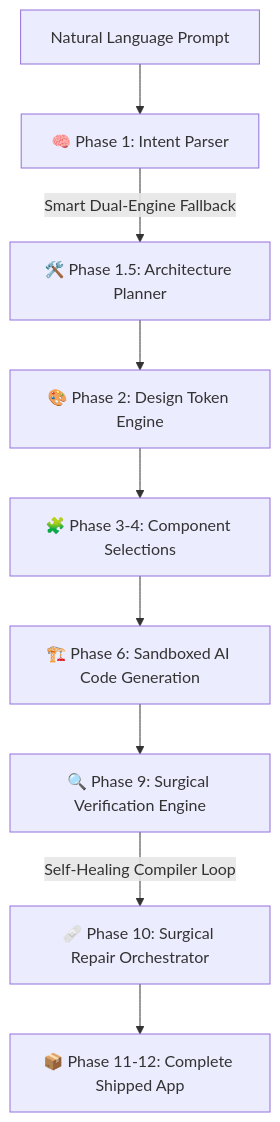
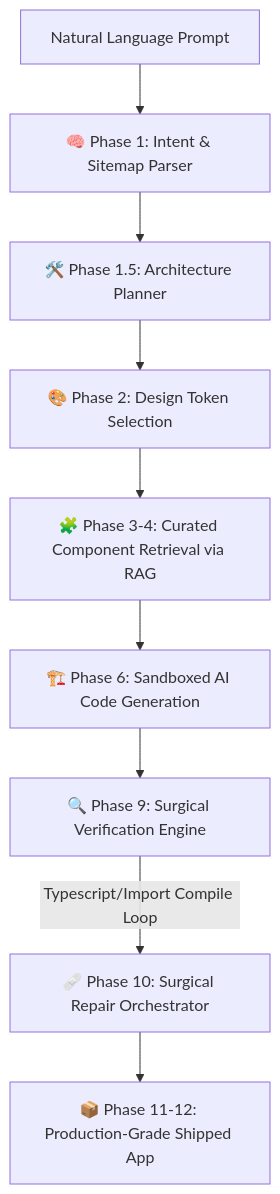
Before and after one commit to bhargavatejagolla/Novaryx: the diagram in README.md, drawn with Mermaid. The commit also changed other lines of this file, not shown here.

Commit message:
docs: upgrade README with premium features, hybrid model architecture, and clone url

````diff
--- a/README.md
+++ b/README.md
@@ -18,11 +31,11 @@
 ```mermaid
 graph TD
-    A[Natural Language Prompt] --> B[🧠 Phase 1: Intent Parser]
-    B -->|Smart Dual-Engine Fallback| C[🛠️ Phase 1.5: Architecture Planner]
-    C --> D[🎨 Phase 2: Design Token Engine]
-    D --> E[🧩 Phase 3-4: Component Selections]
+    A[Natural Language Prompt] --> B[🧠 Phase 1: Intent & Sitemap Parser]
+    B --> C[🛠️ Phase 1.5: Architecture Planner]
+    C --> D[🎨 Phase 2: Design Token Selection]
+    D --> E[🧩 Phase 3-4: Curated Component Retrieval via RAG]
     E --> F[🏗️ Phase 6: Sandboxed AI Code Generation]
     F --> G[🔍 Phase 9: Surgical Verification Engine]
-    G -->|Self-Healing Compiler Loop| H[🩹 Phase 10: Surgical Repair Orchestrator]
-    H --> I[📦 Phase 11-12: Complete Shipped App]
+    G -->|Typescript/Import Compile Loop| H[🩹 Phase 10: Surgical Repair Orchestrator]
+    H --> I[📦 Phase 11-12: Production-Grade Shipped App]
 ```
````
